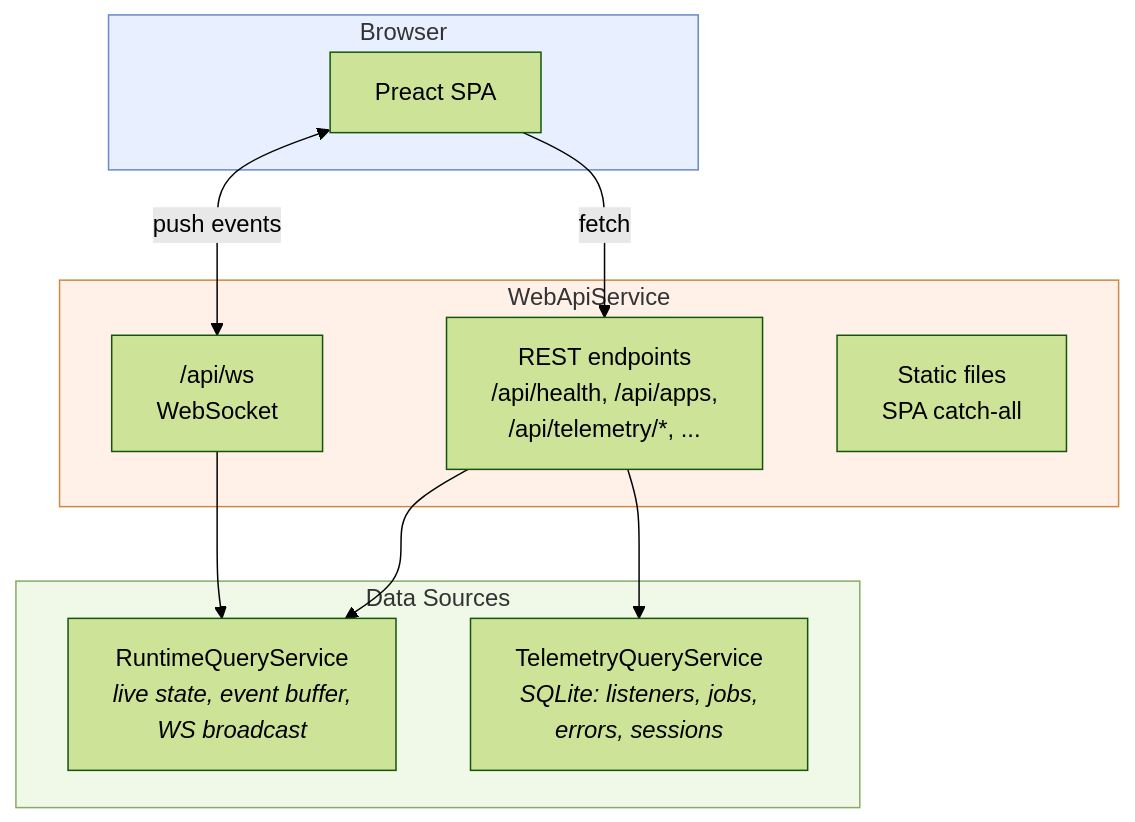
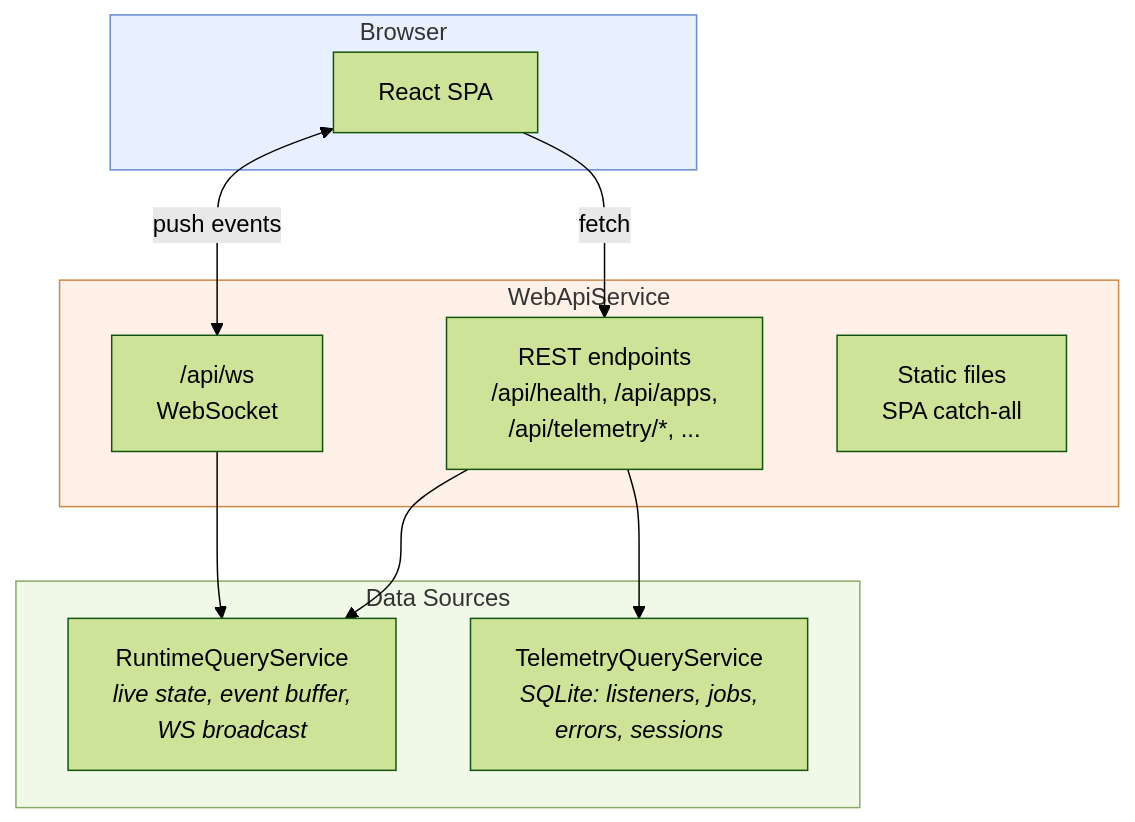
One commit to NodeJSmith/hassette changed the fifth of 5 diagrams in docs/pages/core-concepts/internals/service-details.md. Above: the diagram before and after it, drawn with Mermaid (forest theme). The commit also changed other lines of this file and 356 other files, not shown here.

````diff
--- a/docs/pages/core-concepts/internals/service-details.md
+++ b/docs/pages/core-concepts/internals/service-details.md
@@ -327,29 +327,29 @@
 ```mermaid
 flowchart TD
     accTitle: Web Layer
     accDescr: How the frontend connects to backend data sources
 
     subgraph browser["Browser"]
-        SPA["Preact SPA"]
+        SPA["React SPA"]
     end
 
     subgraph server["WebApiService"]
         rest["REST endpoints<br/>/api/health, /api/apps,<br/>/api/telemetry/*, ..."]
         ws["/api/ws<br/>WebSocket"]
         static["Static files<br/>SPA catch-all"]
     end
 
     subgraph data["Data Sources"]
         RQS["RuntimeQueryService<br/><i>live state, event buffer,<br/>WS broadcast</i>"]
         TQS["TelemetryQueryService<br/><i>SQLite: listeners, jobs,<br/>errors, sessions</i>"]
     end
 
     SPA -- "fetch" --> rest
     SPA <-- "push events" --> ws
     rest --> RQS & TQS
     ws --> RQS
 
     style browser fill:#e8f0ff,stroke:#6688cc
     style server fill:#fff0e8,stroke:#cc8844
     style data fill:#f0f8e8,stroke:#88aa66
 ```
````
